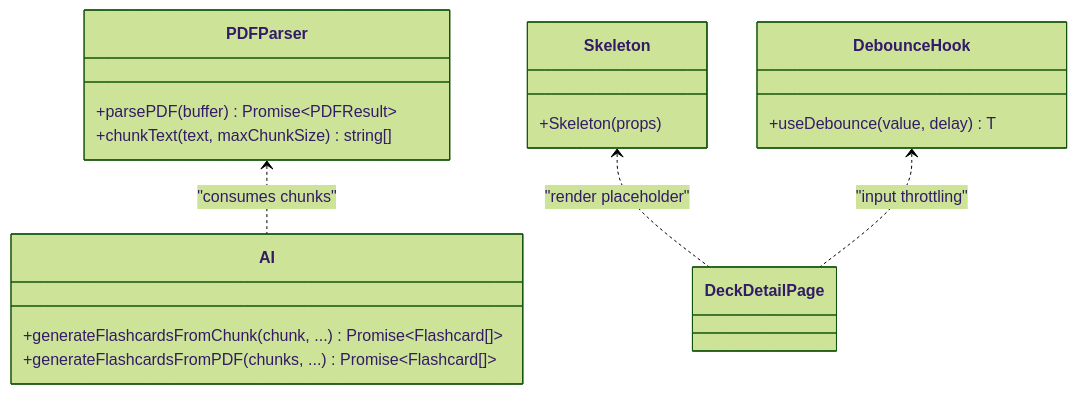
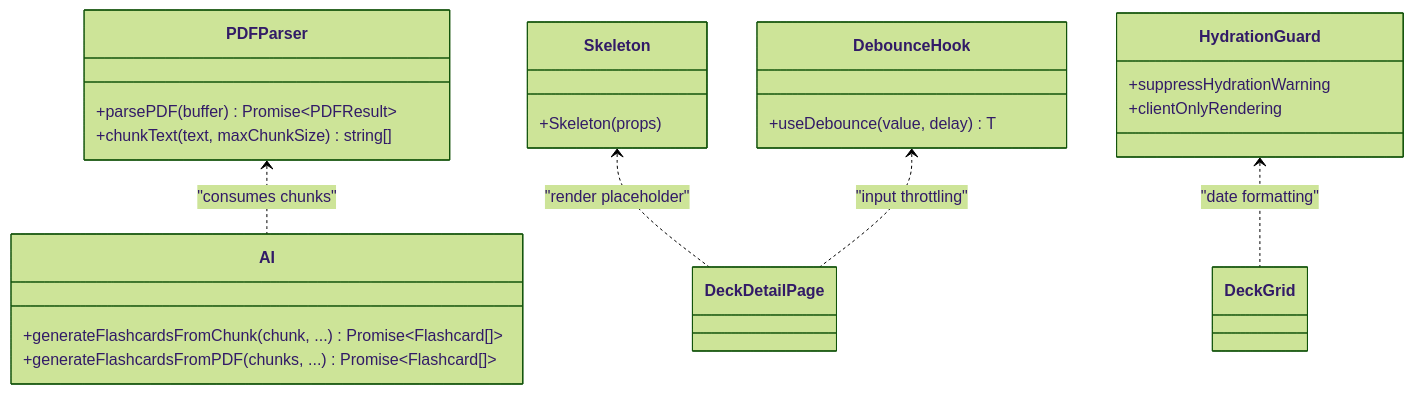
Before and after one commit to nitish-niraj/cumathassignment: the eighth of 11 diagrams in .qoder/repowiki/en/content/Performance Optimization.md, drawn with Mermaid (forest theme). The commit also changed other lines of this file and 6 other files, not shown here.

````diff
--- a/.qoder/repowiki/en/content/Performance Optimization.md
+++ b/.qoder/repowiki/en/content/Performance Optimization.md
@@ -218,20 +360,25 @@
 ```mermaid
 classDiagram
 class PDFParser {
 +parsePDF(buffer) Promise~PDFResult~
 +chunkText(text, maxChunkSize) string[]
 }
 class AI {
 +generateFlashcardsFromChunk(chunk, ...) Promise~Flashcard[]~
 +generateFlashcardsFromPDF(chunks, ...) Promise~Flashcard[]~
 }
 class Skeleton {
 +Skeleton(props)
 }
 class DebounceHook {
 +useDebounce(value, delay) T
 }
+class HydrationGuard {
++suppressHydrationWarning
++clientOnlyRendering
+}
 PDFParser <.. AI : "consumes chunks"
 Skeleton <.. DeckDetailPage : "render placeholder"
 DebounceHook <.. DeckDetailPage : "input throttling"
+HydrationGuard <.. DeckGrid : "date formatting"
 ```
````
